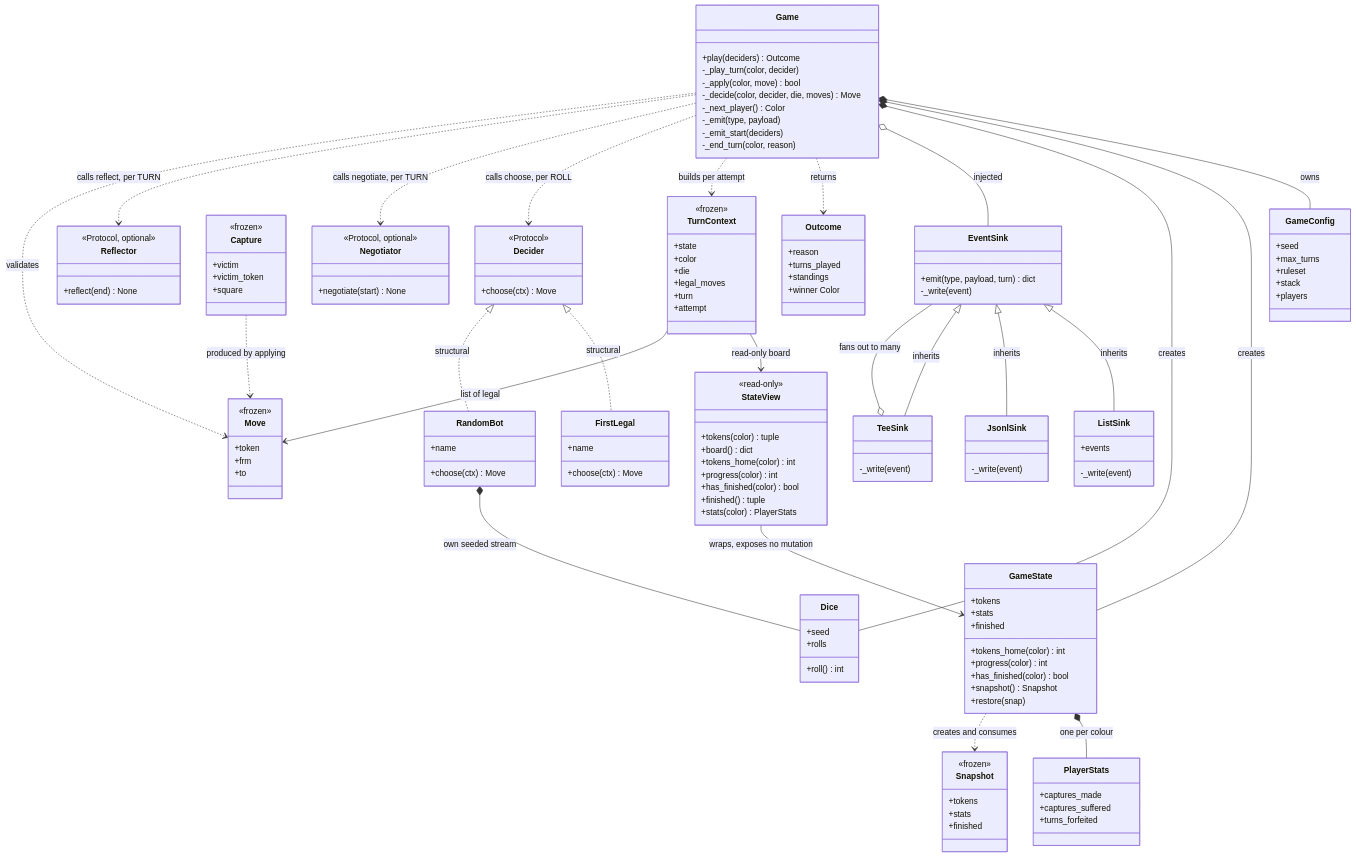
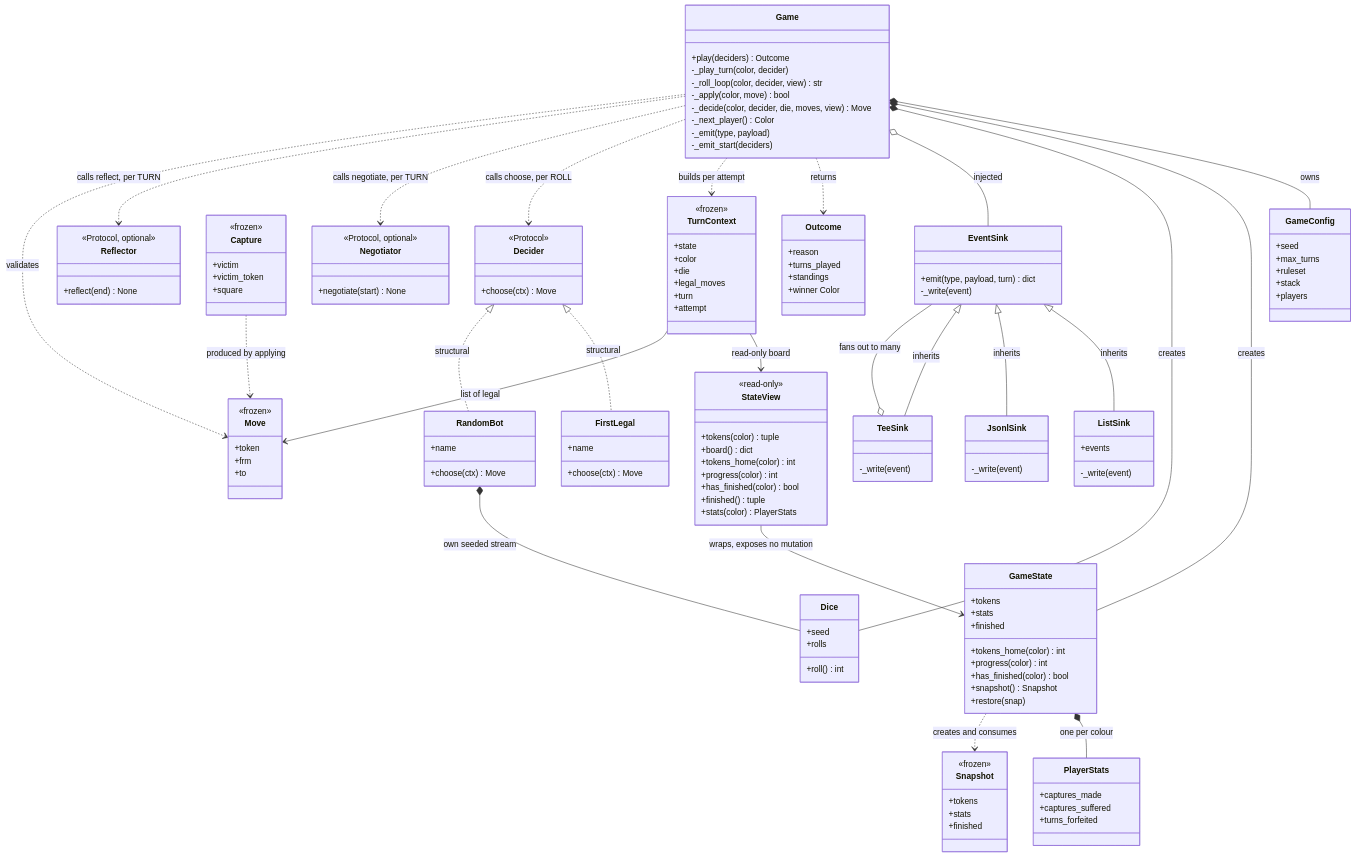
The first of 14 diagrams in docs/projects/ludo/class-design.md (itamittech/llmeval), drawn with Mermaid before and after one commit. The commit also changed other lines of this file and 3 other files, not shown here.

```diff
--- a/docs/projects/ludo/class-design.md
+++ b/docs/projects/ludo/class-design.md
@@ -21,12 +21,12 @@
     class Game {
         +play(deciders) Outcome
         -_play_turn(color, decider)
+        -_roll_loop(color, decider, view) str
         -_apply(color, move) bool
-        -_decide(color, decider, die, moves) Move
+        -_decide(color, decider, die, moves, view) Move
         -_next_player() Color
         -_emit(type, payload)
         -_emit_start(deciders)
-        -_end_turn(color, reason)
     }
 
     class GameConfig {
```
